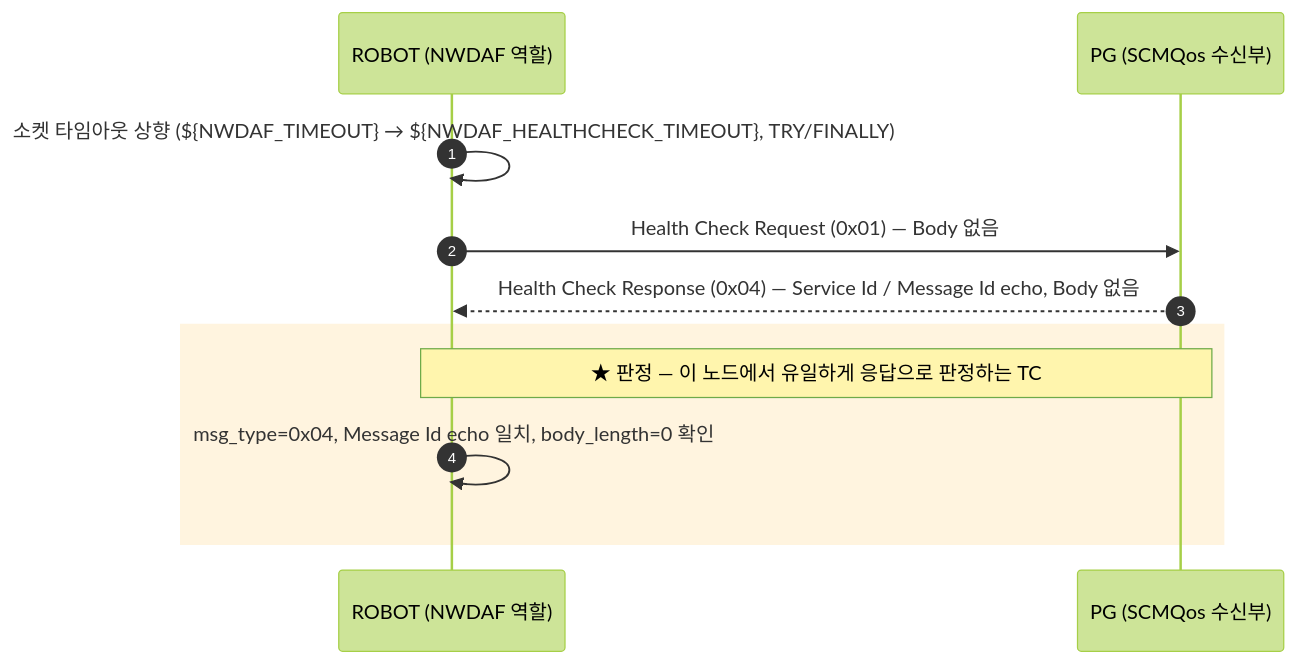
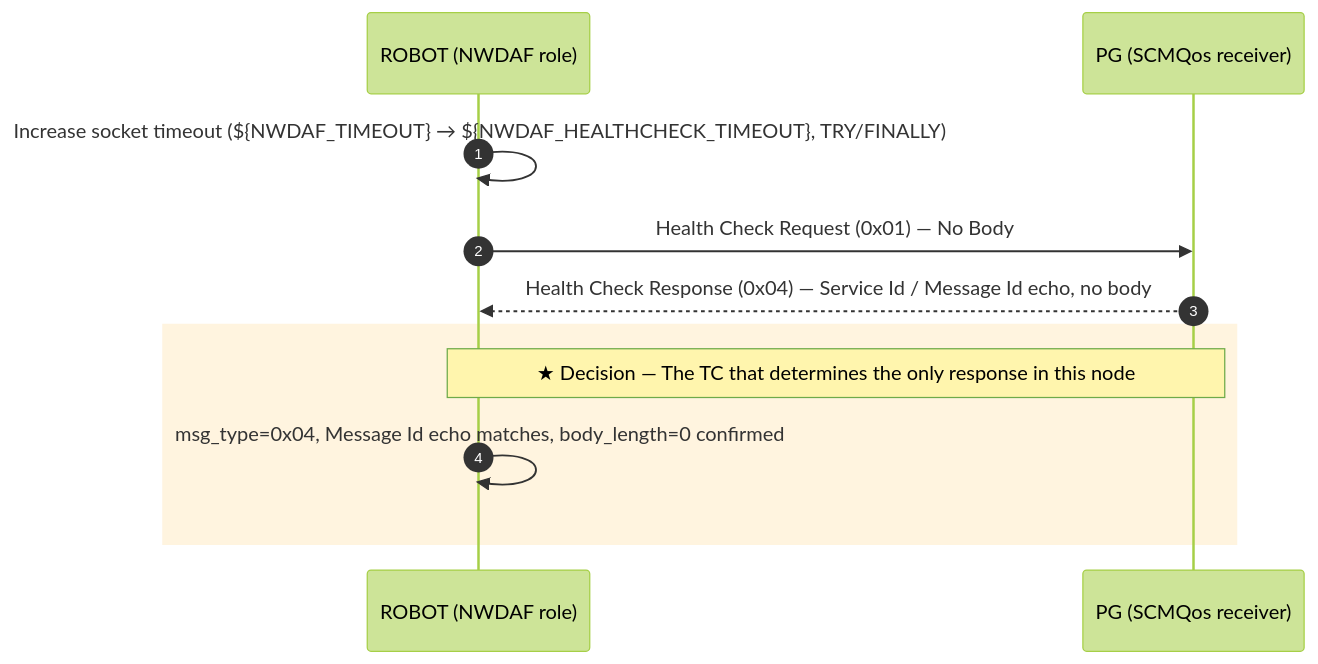
The second of 3 diagrams in docs/callflow/nwdaf_callflow.md (IanKim2030/tc4robot), drawn with Mermaid (forest theme) before and after one commit. The commit also changed other lines of this file and 83 other files, not shown here.

````diff
--- a/docs/callflow/nwdaf_callflow.md
+++ b/docs/callflow/nwdaf_callflow.md
@@ -64,15 +64,15 @@
 ```mermaid
 sequenceDiagram
     autonumber
-    participant TOOL as ROBOT (NWDAF 역할)
-    participant PG as PG (SCMQos 수신부)
+    participant TOOL as ROBOT (NWDAF role)
+    participant PG as PG (SCMQos receiver)
 
-    TOOL->>TOOL: 소켓 타임아웃 상향 (${NWDAF_TIMEOUT} → ${NWDAF_HEALTHCHECK_TIMEOUT}, TRY/FINALLY)
-    TOOL->>PG: Health Check Request (0x01) — Body 없음
-    PG-->>TOOL: Health Check Response (0x04) — Service Id / Message Id echo, Body 없음
+    TOOL->>TOOL:Increase socket timeout (${NWDAF_TIMEOUT} → ${NWDAF_HEALTHCHECK_TIMEOUT}, TRY/FINALLY)
+    TOOL->>PG:Health Check Request (0x01) — No Body
+    PG-->>TOOL:Health Check Response (0x04) — Service Id / Message Id echo, no body
 
     rect rgba(255, 176, 32, 0.14)
-    Note over TOOL,PG: ★ 판정 — 이 노드에서 유일하게 응답으로 판정하는 TC
-        TOOL->>TOOL: msg_type=0x04, Message Id echo 일치, body_length=0 확인
+    Note over TOOL,PG:★ Decision — The TC that determines the only response in this node
+        TOOL->>TOOL:msg_type=0x04, Message Id echo matches, body_length=0 confirmed
     end
 ```
````
